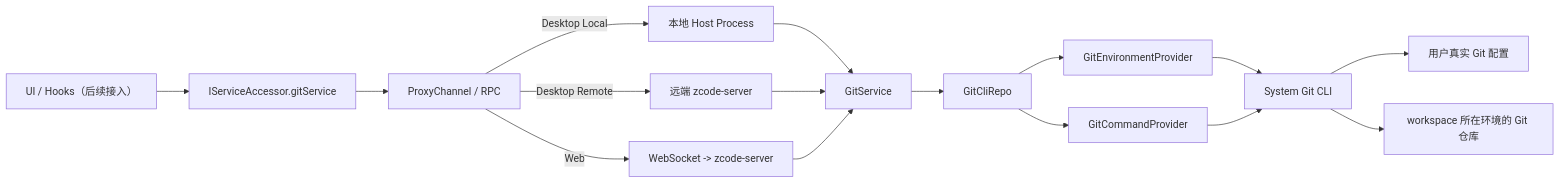
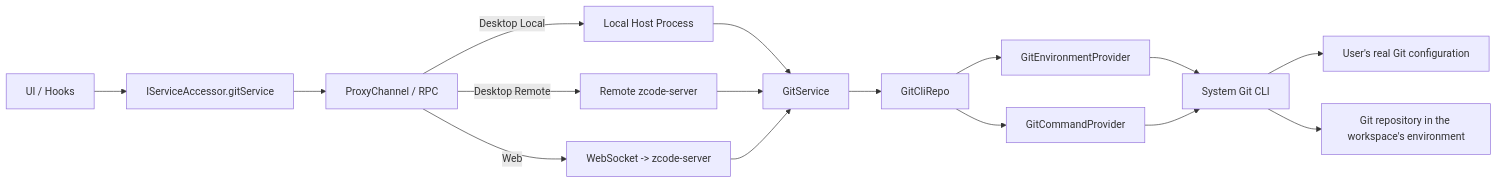
The diagram in docs/git/service-foundation.md (osben/ZCode), drawn with Mermaid before and after one commit. The commit also changed other lines of this file and 7928 other files, not shown here.

````diff
--- a/docs/git/service-foundation.md
+++ b/docs/git/service-foundation.md
@@ -19,22 +15,22 @@
 ```mermaid
 flowchart LR
-  UI["UI / Hooks（后续接入）"] --> Accessor["IServiceAccessor.gitService"]
+  UI["UI / Hooks"] --> Accessor["IServiceAccessor.gitService"]
   Accessor --> RPC["ProxyChannel / RPC"]
 
-  RPC -->|"Desktop Local"| Local["本地 Host Process"]
-  RPC -->|"Desktop Remote"| Remote["远端 zcode-server"]
+  RPC -->|"Desktop Local"| Local["Local Host Process"]
+  RPC -->|"Desktop Remote"| Remote["Remote zcode-server"]
   RPC -->|"Web"| Web["WebSocket -> zcode-server"]
 
   Local --> GitService["GitService"]
   Remote --> GitService
   Web --> GitService
 
   GitService --> Repo["GitCliRepo"]
   Repo --> Env["GitEnvironmentProvider"]
   Repo --> Cmd["GitCommandProvider"]
 
   Env --> GitCLI["System Git CLI"]
   Cmd --> GitCLI
-  GitCLI --> GitConfig["用户真实 Git 配置"]
-  GitCLI --> WorkspaceRepo["workspace 所在环境的 Git 仓库"]
+  GitCLI --> GitConfig["User's real Git configuration"]
+  GitCLI --> WorkspaceRepo["Git repository in the workspace's environment"]
 ```
````
